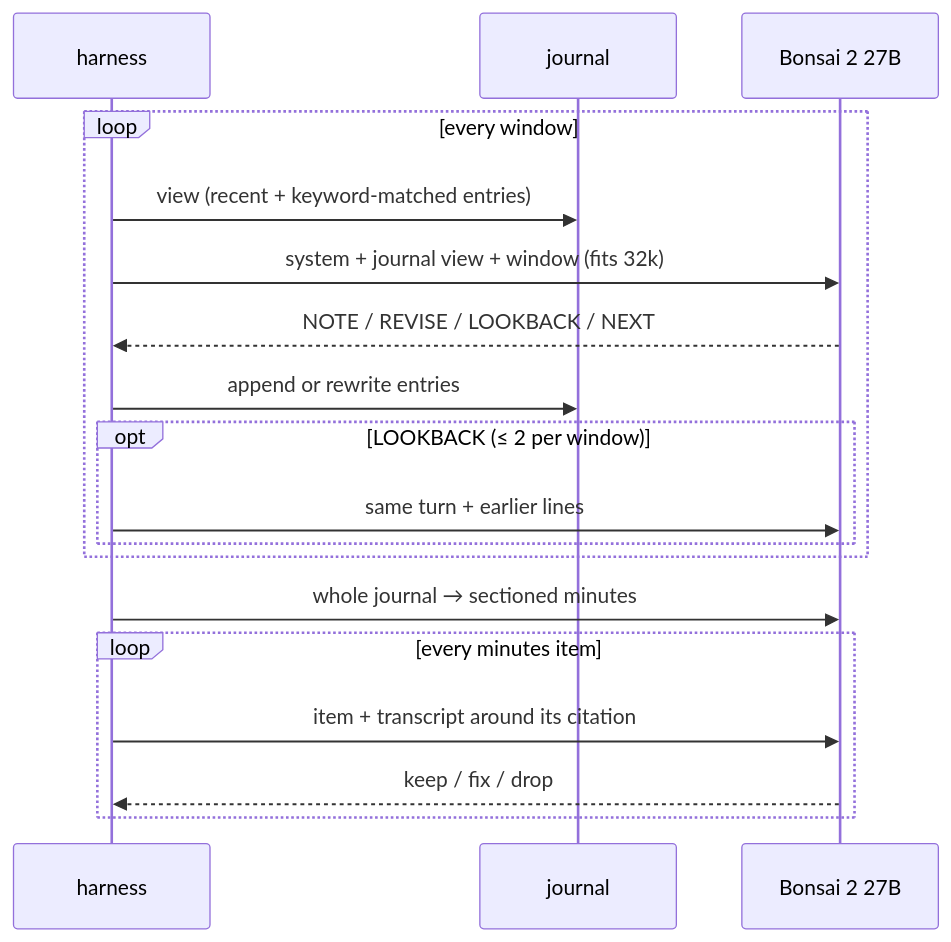
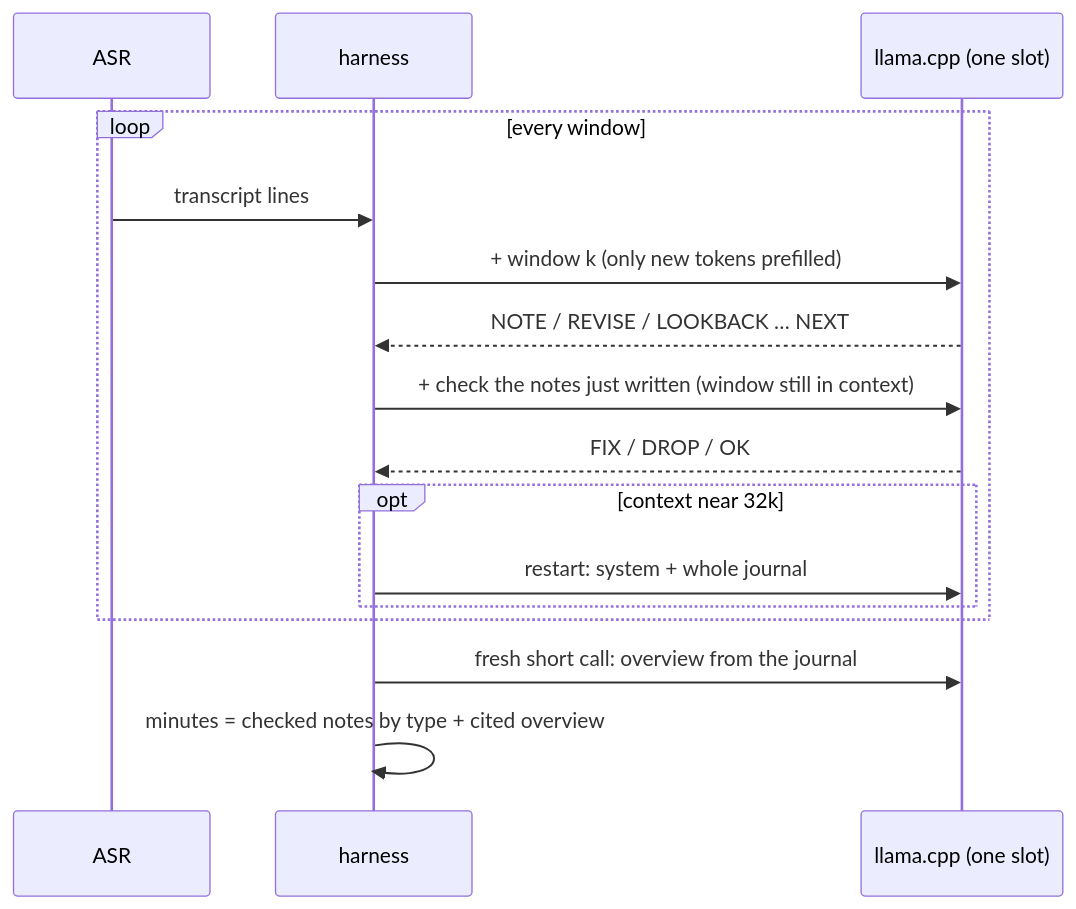
One commit to vieenrose/meeting-summarizer changed the second of 2 diagrams in README.md. Above: the diagram before and after it, drawn with Mermaid. The commit also changed other lines of this file and 8 other files, not shown here.

First line of the commit message:
Realtime reading agent: one growing conversation, check turn, assembled minutes

````diff
--- a/README.md
+++ b/README.md
@@ -53,20 +42,18 @@
 ```mermaid
 sequenceDiagram
+    participant A as ASR
     participant H as harness
-    participant J as journal
-    participant B as Bonsai 2 27B
+    participant L as llama.cpp (one slot)
     loop every window
-        H->>J: view (recent + keyword-matched entries)
-        H->>B: system + journal view + window (fits 32k)
-        B-->>H: NOTE / REVISE / LOOKBACK / NEXT
-        H->>J: append or rewrite entries
-        opt LOOKBACK (≤ 2 per window)
-            H->>B: same turn + earlier lines
+        A->>H: transcript lines
+        H->>L: + window k  (only new tokens prefilled)
+        L-->>H: NOTE / REVISE / LOOKBACK … NEXT
+        H->>L: + check the notes just written  (window still in context)
+        L-->>H: FIX / DROP / OK
+        opt context near 32k
+            H->>L: restart: system + whole journal
         end
     end
-    H->>B: whole journal → sectioned minutes
-    loop every minutes item
-        H->>B: item + transcript around its citation
-        B-->>H: keep / fix / drop
-    end
+    H->>L: fresh short call: overview from the journal
+    H->>H: minutes = checked notes by type + cited overview
 ```
````
